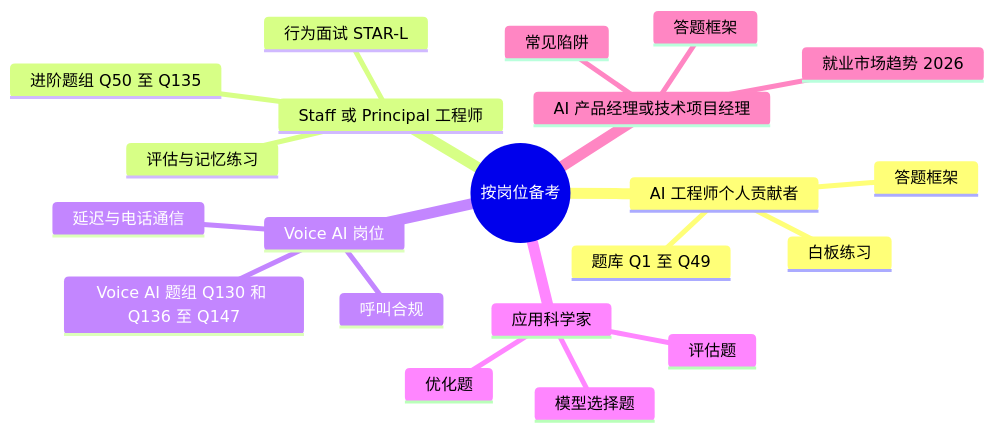
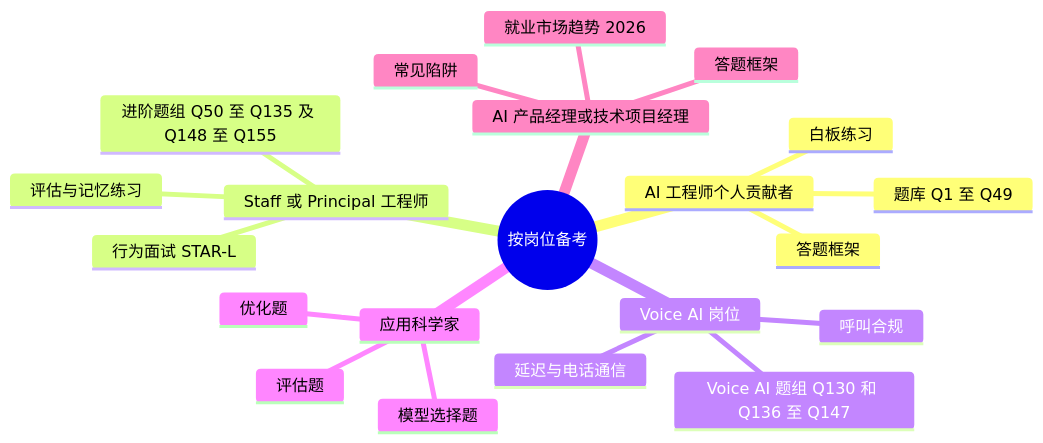
Before and after one commit to ChiHoc/ai-system-design-guide-zh: the second of 2 diagrams in 00-interview-prep/README.md, drawn with Mermaid. The commit also changed other lines of this file and 112 other files, not shown here.

````diff
--- a/00-interview-prep/README.md
+++ b/00-interview-prep/README.md
@@ -32,24 +34,24 @@
 ```mermaid
 mindmap
   root((按岗位备考))
     AI 工程师个人贡献者
       题库 Q1 至 Q49
       答题框架
       白板练习
     Staff 或 Principal 工程师
-      进阶题组 Q50 至 Q135
+      进阶题组 Q50 至 Q135 及 Q148 至 Q155
       行为面试 STAR-L
       评估与记忆练习
     Voice AI 岗位
       Voice AI 题组 Q130 和 Q136 至 Q147
       延迟与电话通信
       呼叫合规
     应用科学家
       模型选择题
       评估题
       优化题
     AI 产品经理或技术项目经理
       常见陷阱
       就业市场趋势 2026
       答题框架
 ```
````
